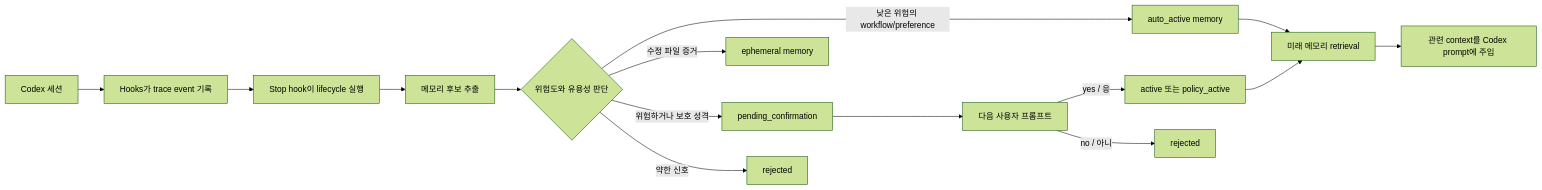
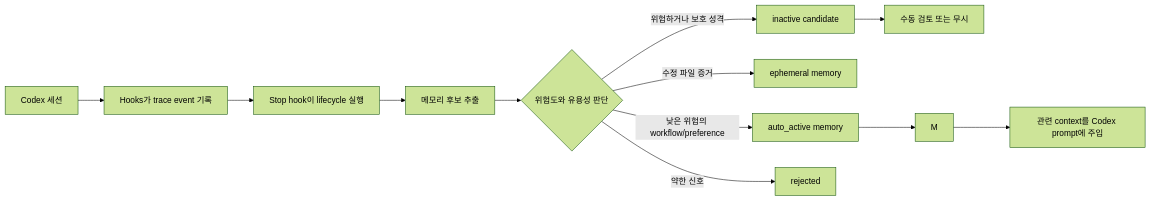
The first of 5 diagrams in README.ko.md (lteawoo/MemAssist), drawn with Mermaid (forest theme) before and after one commit. The commit also changed other lines of this file and 9 other files, not shown here.

````diff
--- a/README.ko.md
+++ b/README.ko.md
@@ -28,17 +28,14 @@
 ```mermaid
 flowchart LR
     A[Codex 세션] --> B[Hooks가 trace event 기록]
     B --> C[Stop hook이 lifecycle 실행]
     C --> D[메모리 후보 추출]
     D --> E{위험도와 유용성 판단}
     E -->|낮은 위험의 workflow/preference| F[auto_active memory]
     E -->|수정 파일 증거| G[ephemeral memory]
-    E -->|위험하거나 보호 성격| H[pending_confirmation]
+    E -->|위험하거나 보호 성격| H[inactive candidate]
     E -->|약한 신호| I[rejected]
-    H --> J[다음 사용자 프롬프트]
-    J -->|yes / 응| K[active 또는 policy_active]
-    J -->|no / 아니| L[rejected]
-    K --> M[미래 메모리 retrieval]
+    H --> J[수동 검토 또는 무시]
     F --> M
     M --> N[관련 context를 Codex prompt에 주입]
 ```
````
